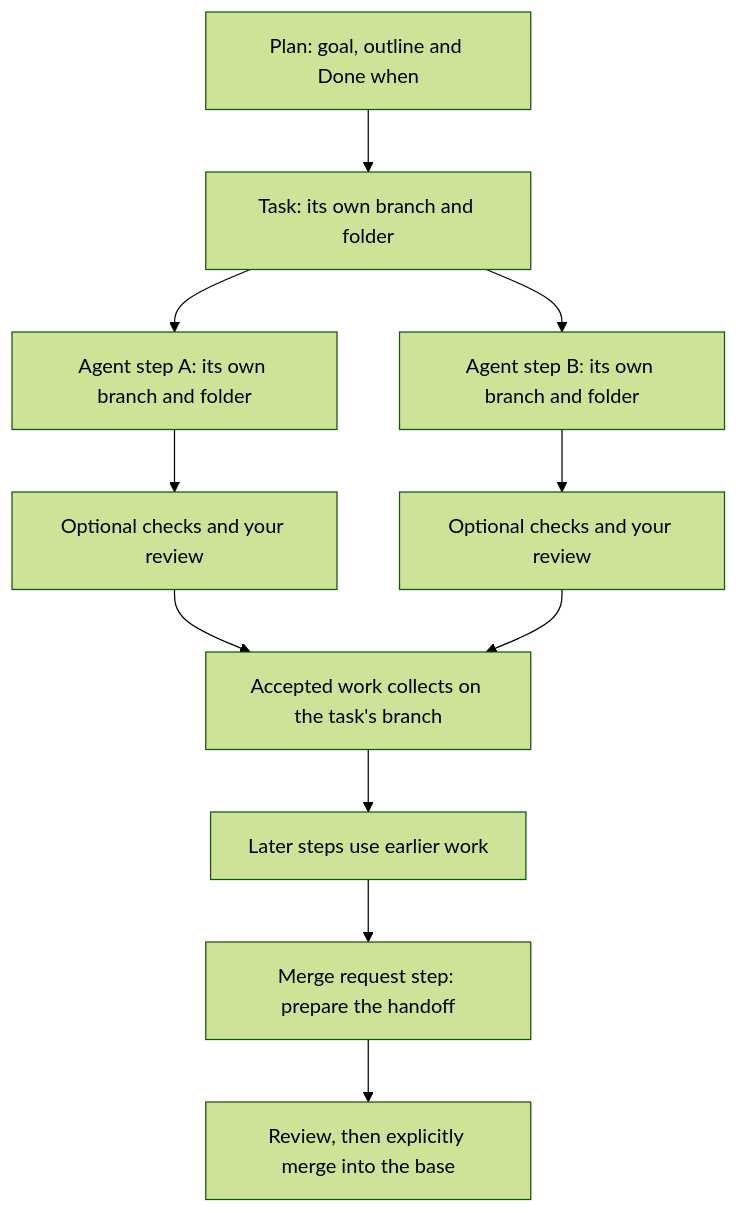
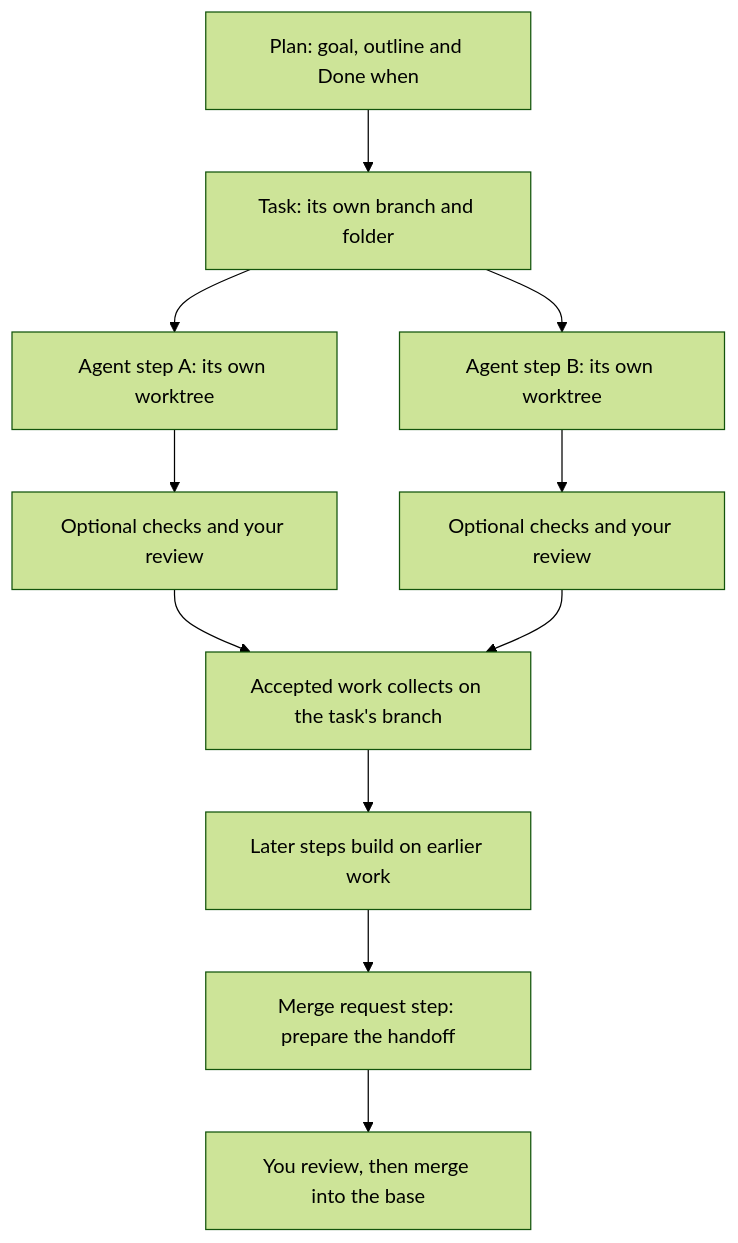
One commit to comountainclimber/shepherd changed the diagram in README.md. Above: the diagram before and after it, drawn with Mermaid (forest theme). The commit also changed other lines of this file and 2 other files, not shown here.

````diff
--- a/README.md
+++ b/README.md
@@ -115,13 +135,13 @@
 ```mermaid
 flowchart TD
     Plan["Plan: goal, outline and Done when"] --> Task["Task: its own branch and folder"]
-    Task --> A["Agent step A: its own branch and folder"]
-    Task --> B["Agent step B: its own branch and folder"]
+    Task --> A["Agent step A: its own worktree"]
+    Task --> B["Agent step B: its own worktree"]
     A --> CA["Optional checks and your review"]
     B --> CB["Optional checks and your review"]
     CA --> Collect["Accepted work collects on the task's branch"]
     CB --> Collect
-    Collect --> Next["Later steps use earlier work"]
+    Collect --> Next["Later steps build on earlier work"]
     Next --> MR["Merge request step: prepare the handoff"]
-    MR --> Review["Review, then explicitly merge into the base"]
+    MR --> Review["You review, then merge into the base"]
 ```
````
